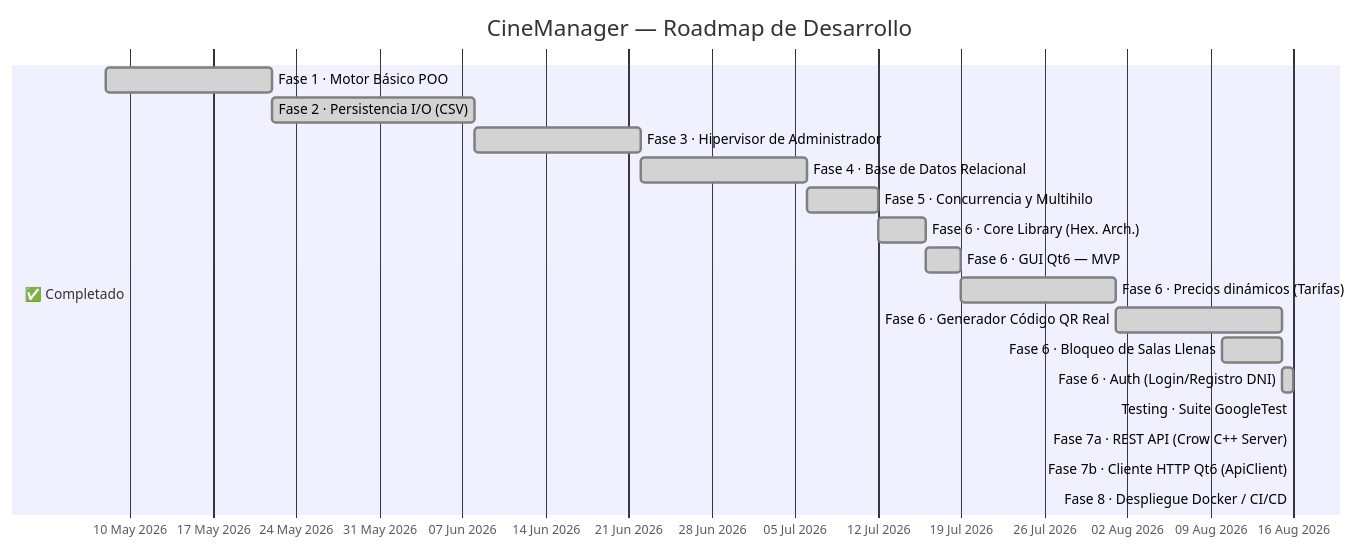
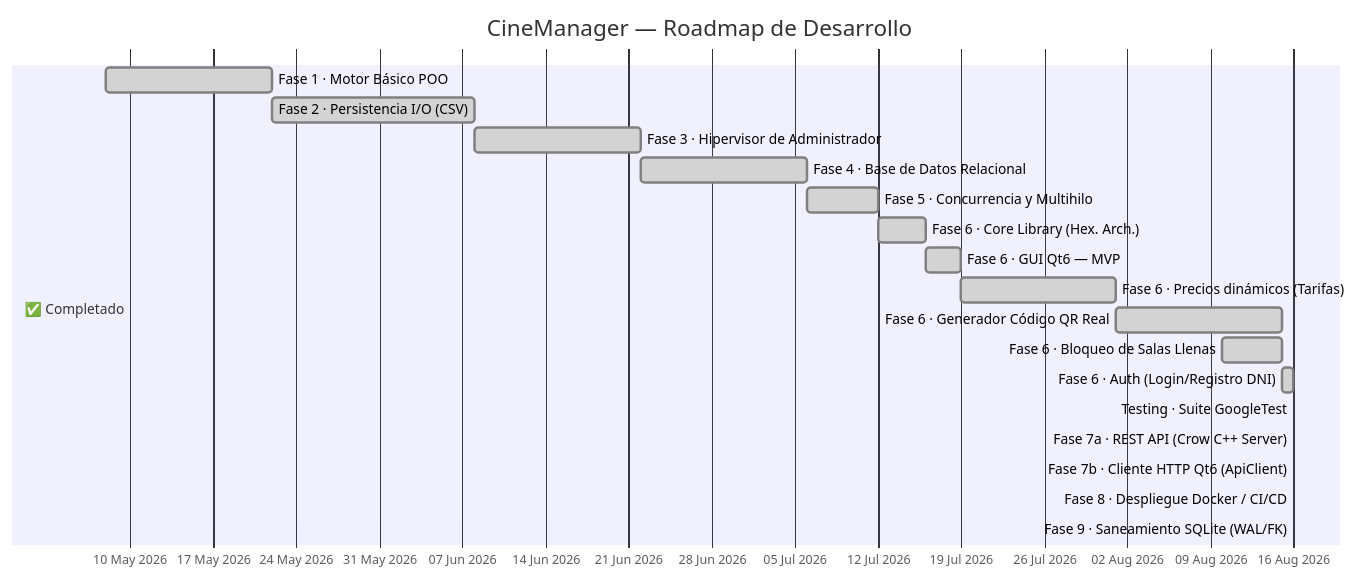
Before and after one commit to jorgebd21/CineManager: the diagram in docs/roadmap.md, drawn with Mermaid. The commit also changed 1 other file, not shown here.

Commit message:
docs: update roadmap and README for SQLite optimizations
- Mark Phase 9 (Saneamiento SQLite) as completed in docs/roadmap.md.
- Update capabilities list in README.md to reflect the new database performance optimizations.

````diff
--- a/docs/roadmap.md
+++ b/docs/roadmap.md
@@ -9,23 +9,24 @@
 ```mermaid
 gantt
     title CineManager — Roadmap de Desarrollo
     dateFormat  YYYY-MM-DD
     axisFormat  %d %b %Y
 
     section ✅ Completado
     Fase 1 · Motor Básico POO             :done, f1,  2026-05-08, 2026-05-22
     Fase 2 · Persistencia I/O (CSV)       :done, f2,  2026-05-22, 2026-06-08
     Fase 3 · Hipervisor de Administrador  :done, f3,  2026-06-08, 2026-06-22
     Fase 4 · Base de Datos Relacional     :done, f4,  2026-06-22, 2026-07-06
     Fase 5 · Concurrencia y Multihilo     :done, f5,  2026-07-06, 2026-07-12
     Fase 6 · Core Library (Hex. Arch.)    :done, f6,  2026-07-12, 2026-07-16
     Fase 6 · GUI Qt6 — MVP               :done, f6a, 2026-07-16, 2026-07-19
     Fase 6 · Precios dinámicos (Tarifas)  :done, f6b, 2026-07-19, 2026-08-01
     Fase 6 · Generador Código QR Real    :done, f6c, 2026-08-01, 2026-08-15
     Fase 6 · Bloqueo de Salas Llenas      :done, f6d, 2026-08-10, 2026-08-15
     Fase 6 · Auth (Login/Registro DNI)    :done, f6e, 2026-08-15, 2026-08-16
     Testing · Suite GoogleTest            :done, f_test, 2026-08-16, 2026-08-16
     Fase 7a · REST API (Crow C++ Server)  :done, f7a,    2026-08-16, 2026-08-16
     Fase 7b · Cliente HTTP Qt6 (ApiClient):done, f7b,    2026-08-16, 2026-08-16
     Fase 8 · Despliegue Docker / CI/CD    :done, f8,     2026-08-16, 2026-08-16
+    Fase 9 · Saneamiento SQLite (WAL/FK)  :done, f9,     2026-08-16, 2026-08-16
 ```
````
